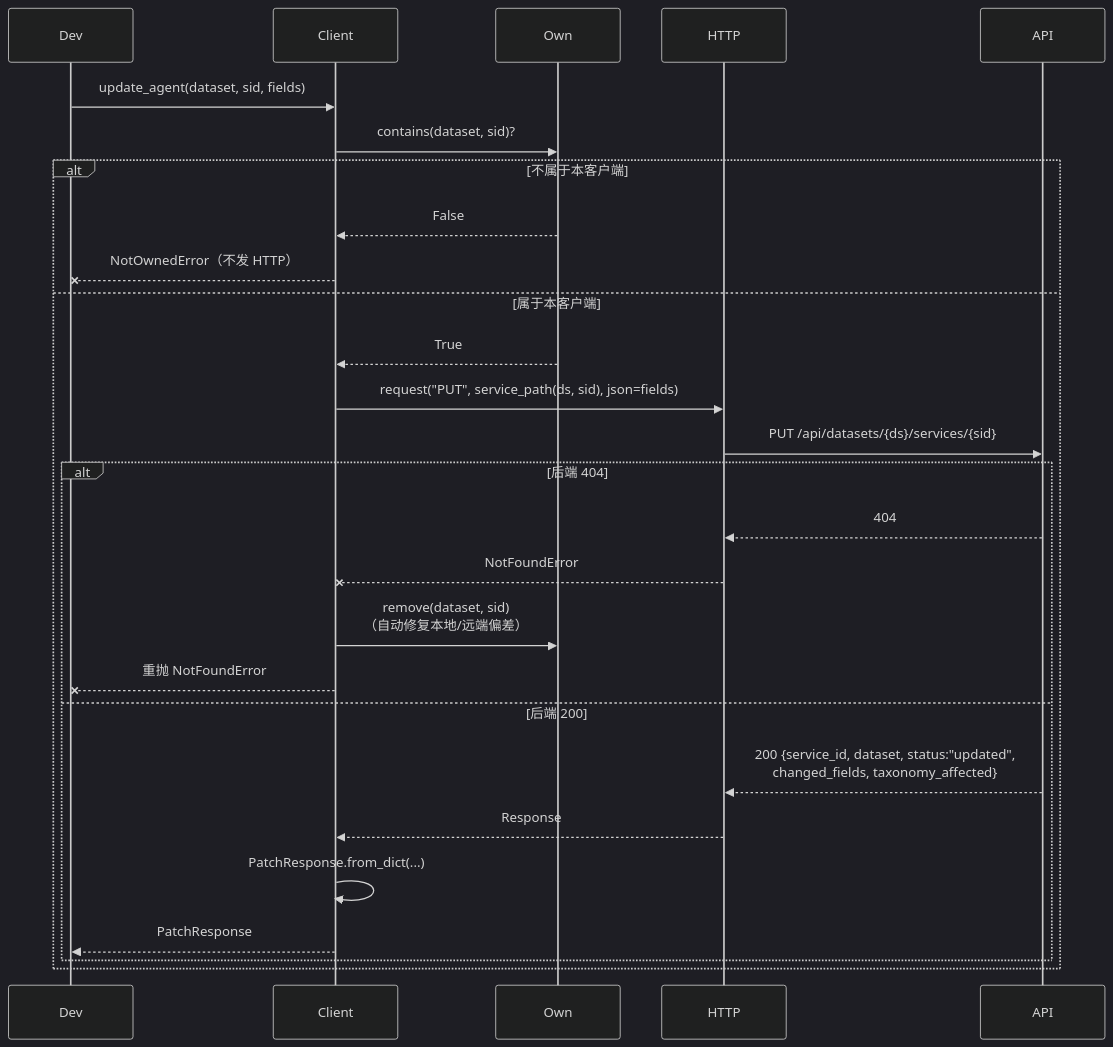
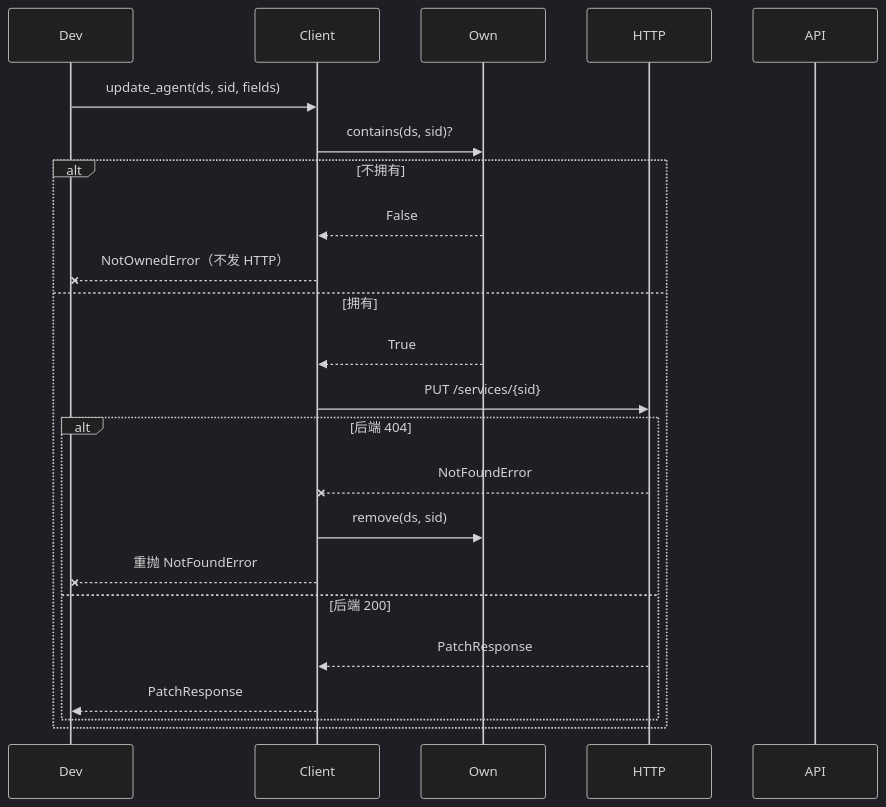
The third of 6 diagrams in docs/client_design.md (Weizheng96/A2X-registry), drawn with Mermaid (dark theme) before and after one commit. The commit also changed other lines of this file and 5 other files, not shown here.

First line of the commit message:
feat: add team-agent helpers to client SDK

````diff
--- a/docs/client_design.md
+++ b/docs/client_design.md
@@ -480,32 +448,26 @@
 ```mermaid
 sequenceDiagram
     participant Dev
     participant Client
     participant Own
     participant HTTP
     participant API
 
-    Dev->>Client: update_agent(dataset, sid, fields)
-    Client->>Own: contains(dataset, sid)?
-
-    alt 不属于本客户端
+    Dev->>Client: update_agent(ds, sid, fields)
+    Client->>Own: contains(ds, sid)?
+    alt 不拥有
         Own-->>Client: False
         Client--xDev: NotOwnedError（不发 HTTP）
-    else 属于本客户端
+    else 拥有
         Own-->>Client: True
-        Client->>HTTP: request("PUT", service_path(ds, sid), json=fields)
-        HTTP->>API: PUT /api/datasets/{ds}/services/{sid}
-
+        Client->>HTTP: PUT /services/{sid}
         alt 后端 404
-            API-->>HTTP: 404
             HTTP--xClient: NotFoundError
-            Client->>Own: remove(dataset, sid)<br/>（自动修复本地/远端偏差）
+            Client->>Own: remove(ds, sid)
             Client--xDev: 重抛 NotFoundError
         else 后端 200
-            API-->>HTTP: 200 {service_id, dataset, status:"updated",<br/>changed_fields, taxonomy_affected}
-            HTTP-->>Client: Response
-            Client->>Client: PatchResponse.from_dict(...)
+            HTTP-->>Client: PatchResponse
             Client-->>Dev: PatchResponse
         end
     end
 ```
````
